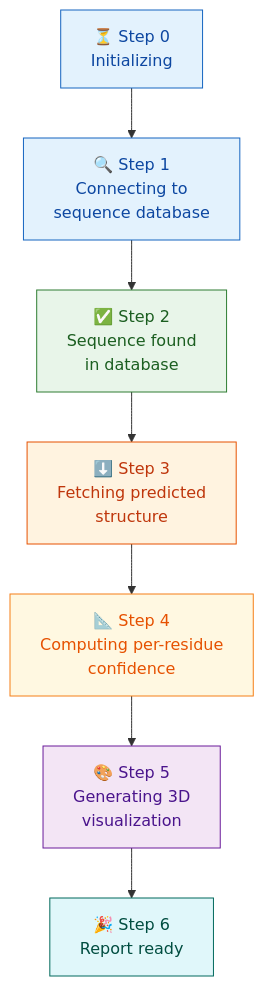
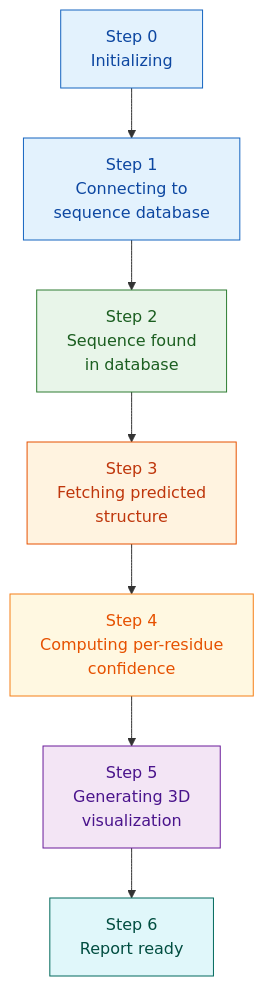
Before and after one commit to sanjanb/bio-pipeline: the second of 3 diagrams in README.md, drawn with Mermaid. The commit also changed other lines of this file, not shown here.

Commit message:
docs: remove emojis from Mermaid diagrams for professional appearance

````diff
--- a/README.md
+++ b/README.md
@@ -41,18 +41,18 @@
 ```mermaid
 graph TD
-    S0["⏳ Step 0<br/>Initializing"] --> S1
-    S1["🔍 Step 1<br/>Connecting to<br/>sequence database"] --> S2
-    S2["✅ Step 2<br/>Sequence found<br/>in database"] --> S3
-    S3["⬇️ Step 3<br/>Fetching predicted<br/>structure"] --> S4
-    S4["📐 Step 4<br/>Computing per-residue<br/>confidence"] --> S5
-    S5["🎨 Step 5<br/>Generating 3D<br/>visualization"] --> S6
-    S6["🎉 Step 6<br/>Report ready"]
+    S0["Step 0<br/>Initializing"] --> S1
+    S1["Step 1<br/>Connecting to<br/>sequence database"] --> S2
+    S2["Step 2<br/>Sequence found<br/>in database"] --> S3
+    S3["Step 3<br/>Fetching predicted<br/>structure"] --> S4
+    S4["Step 4<br/>Computing per-residue<br/>confidence"] --> S5
+    S5["Step 5<br/>Generating 3D<br/>visualization"] --> S6
+    S6["Step 6<br/>Report ready"]
 
     style S0 fill:#E3F2FD,stroke:#1565C0,color:#0D47A1
     style S1 fill:#E3F2FD,stroke:#1565C0,color:#0D47A1
     style S2 fill:#E8F5E9,stroke:#2E7D32,color:#1B5E20
     style S3 fill:#FFF3E0,stroke:#E65100,color:#BF360C
     style S4 fill:#FFF8E1,stroke:#F57F17,color:#E65100
     style S5 fill:#F3E5F5,stroke:#6A1B9A,color:#4A148C
     style S6 fill:#E0F7FA,stroke:#00695C,color:#004D40
 ```
````
